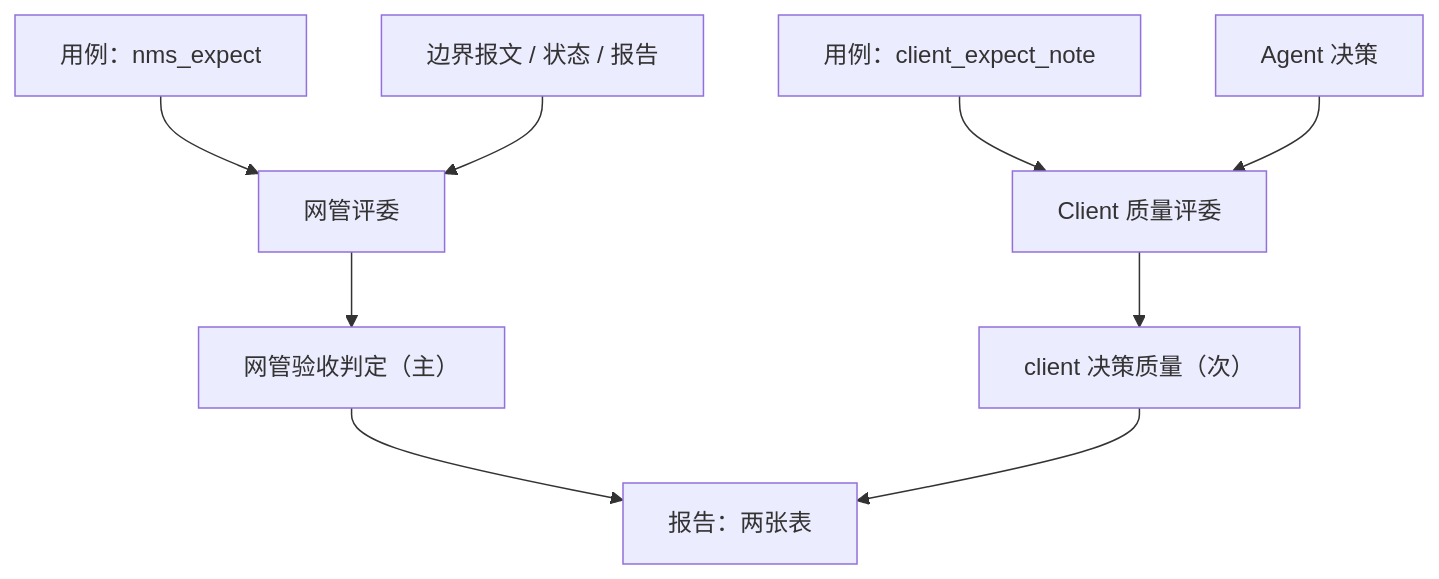
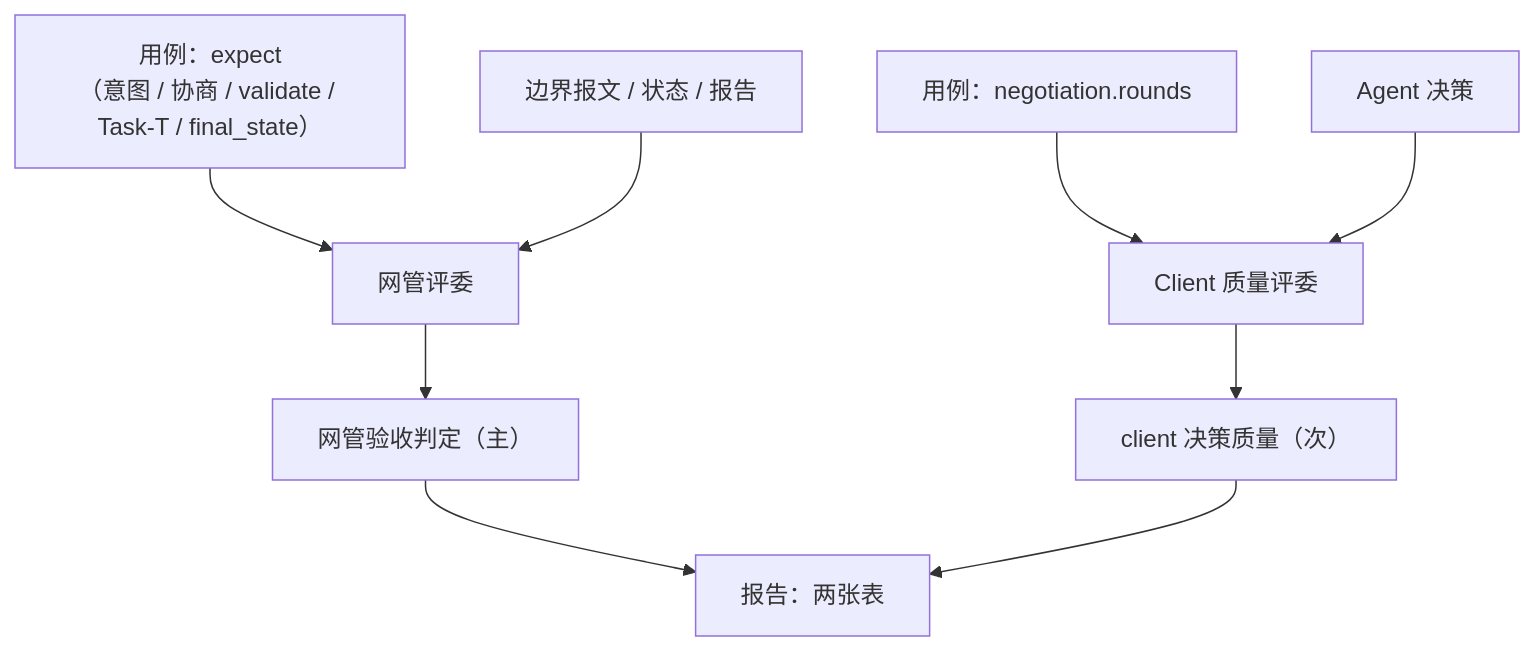
One commit to project-openan/a2a-t-sdk-python changed diagram 11 of 12 in a2a-t-sample/ran-energy-saving/TESTER-ARCHITECTURE.md. Above: the diagram before and after it, drawn with Mermaid. The commit also changed other lines of this file, not shown here.

Commit message:
docs(ran-energy-saving): keep the existing case schema and assertions

````diff
--- a/a2a-t-sample/ran-energy-saving/TESTER-ARCHITECTURE.md
+++ b/a2a-t-sample/ran-energy-saving/TESTER-ARCHITECTURE.md
@@ -427,13 +473,13 @@
 ```mermaid
 flowchart TD
-  C["用例：nms_expect"] --> JN["网管评委"]
+  C["用例：expect<br/>（意图 / 协商 / validate / Task-T / final_state）"] --> JN["网管评委"]
   E["边界报文 / 状态 / 报告"] --> JN
   JN --> DN["网管验收判定（主）"]
 
-  CC["用例：client_expect_note"] --> JC["Client 质量评委"]
+  CC["用例：negotiation.rounds"] --> JC["Client 质量评委"]
   A["Agent 决策"] --> JC
   JC --> DC["client 决策质量（次）"]
 
   DN --> R["报告：两张表"]
   DC --> R
 ```
````
